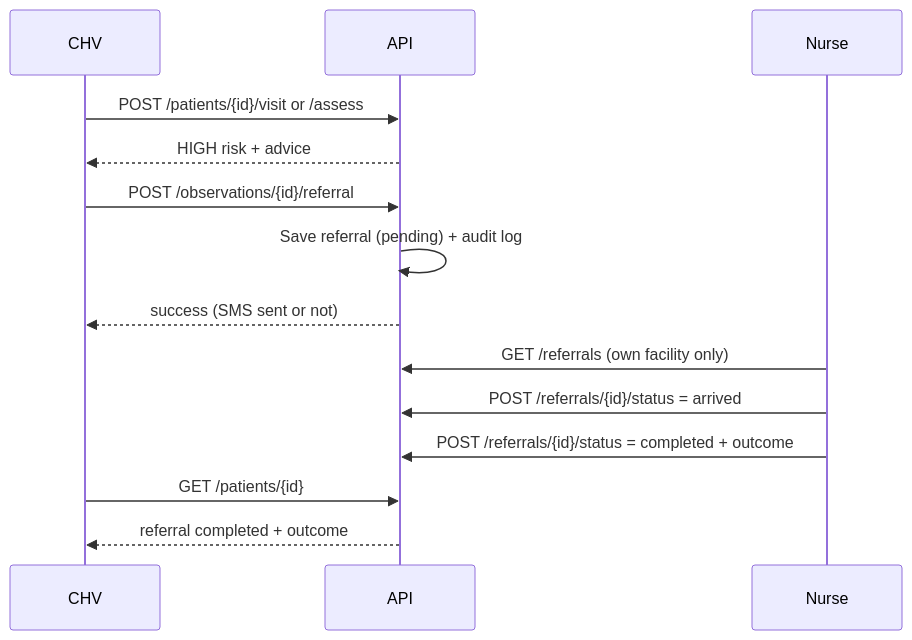
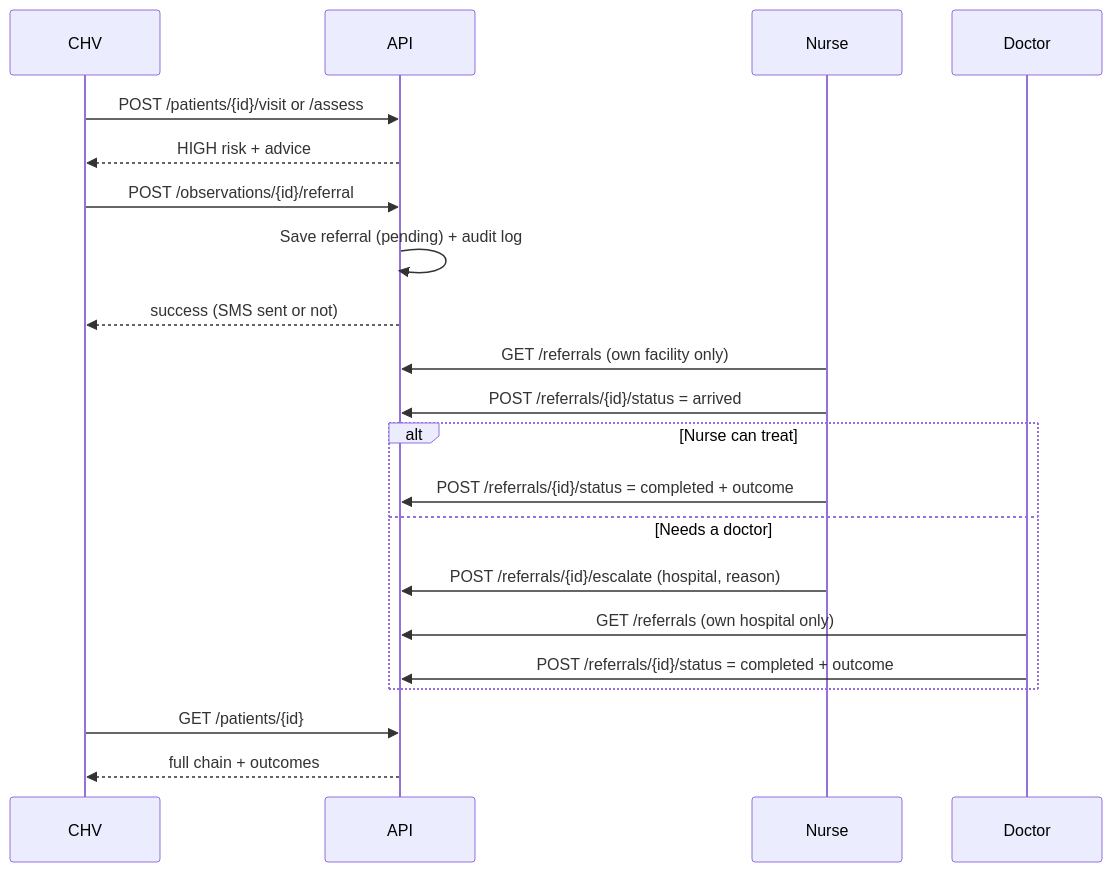
Before and after one commit to ASU-MICS-2028/cc-group-2-prosit-2: the second of 2 diagrams in README.md, drawn with Mermaid. The commit also changed other lines of this file and 8 other files, not shown here.

Commit message:
Referrals: CHV can refer MEDIUM with reason; nurse escalation to hospital; doctor inbox; HIGH first

````diff
--- a/README.md
+++ b/README.md
@@ -226,16 +243,23 @@
 ```mermaid
 sequenceDiagram
     participant C as CHV
     participant A as API
     participant N as Nurse
+    participant D as Doctor
     C->>A: POST /patients/{id}/visit or /assess
     A-->>C: HIGH risk + advice
     C->>A: POST /observations/{id}/referral
     A->>A: Save referral (pending) + audit log
     A-->>C: success (SMS sent or not)
     N->>A: GET /referrals (own facility only)
     N->>A: POST /referrals/{id}/status = arrived
-    N->>A: POST /referrals/{id}/status = completed + outcome
+    alt Nurse can treat
+        N->>A: POST /referrals/{id}/status = completed + outcome
+    else Needs a doctor
+        N->>A: POST /referrals/{id}/escalate (hospital, reason)
+        D->>A: GET /referrals (own hospital only)
+        D->>A: POST /referrals/{id}/status = completed + outcome
+    end
     C->>A: GET /patients/{id}
-    A-->>C: referral completed + outcome
+    A-->>C: full chain + outcomes
 ```
````
